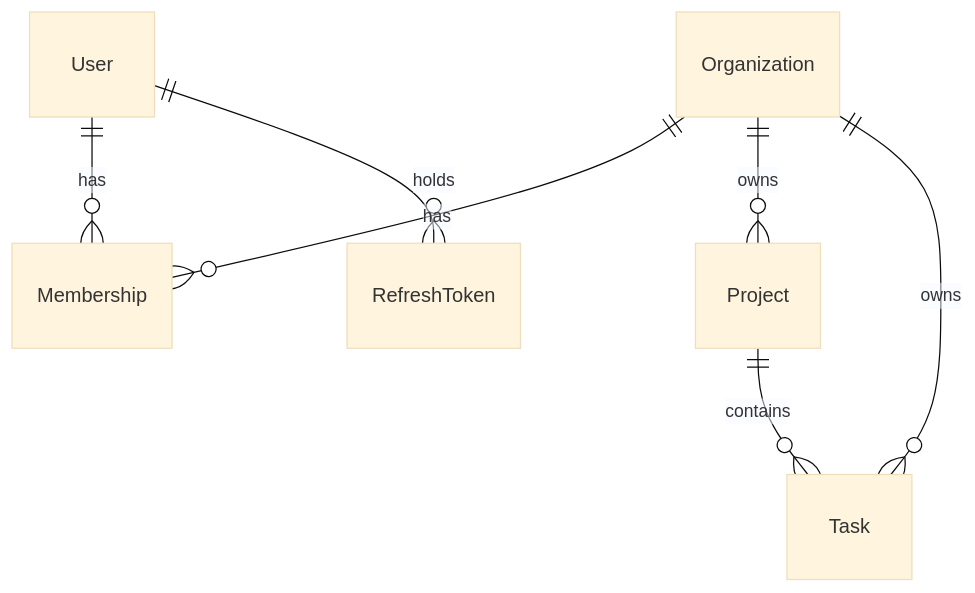
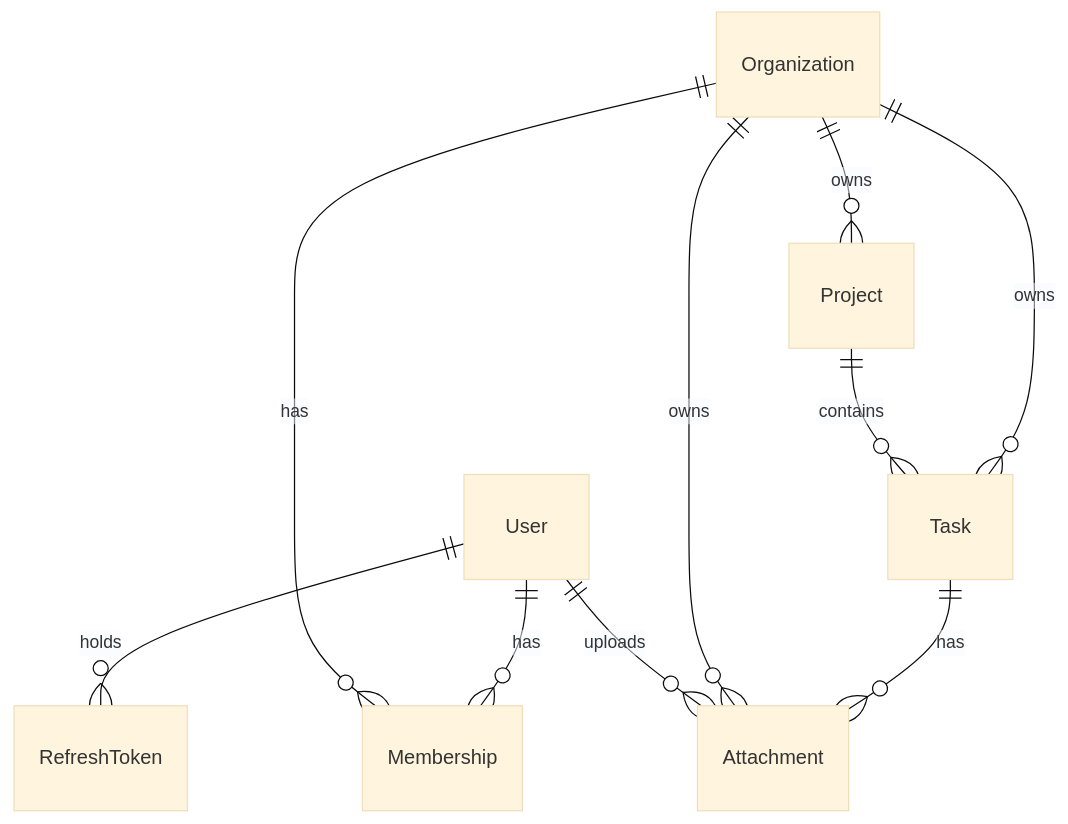
The diagram in docs/architecture.md (islamashraful/kanso), drawn with Mermaid (base theme) before and after one commit. The commit also changed other lines of this file and 27 other files, not shown here.

Commit message:
Add task attachments via presigned S3 uploads

````diff
--- a/docs/architecture.md
+++ b/docs/architecture.md
@@ -61,9 +63,12 @@
 ```mermaid
 erDiagram
     User ||--o{ Membership : has
     Organization ||--o{ Membership : has
     Organization ||--o{ Project : owns
     Organization ||--o{ Task : owns
     Project ||--o{ Task : contains
+    Task ||--o{ Attachment : has
+    Organization ||--o{ Attachment : owns
     User ||--o{ RefreshToken : holds
+    User ||--o{ Attachment : uploads
 ```
````
